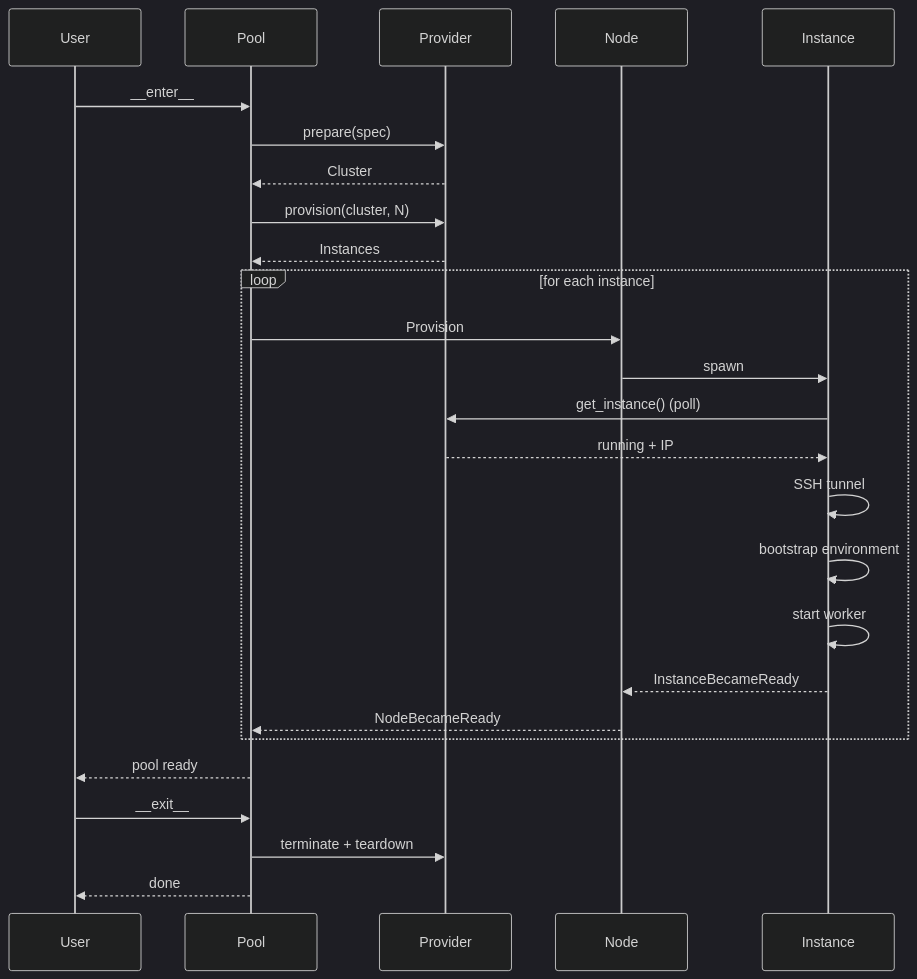
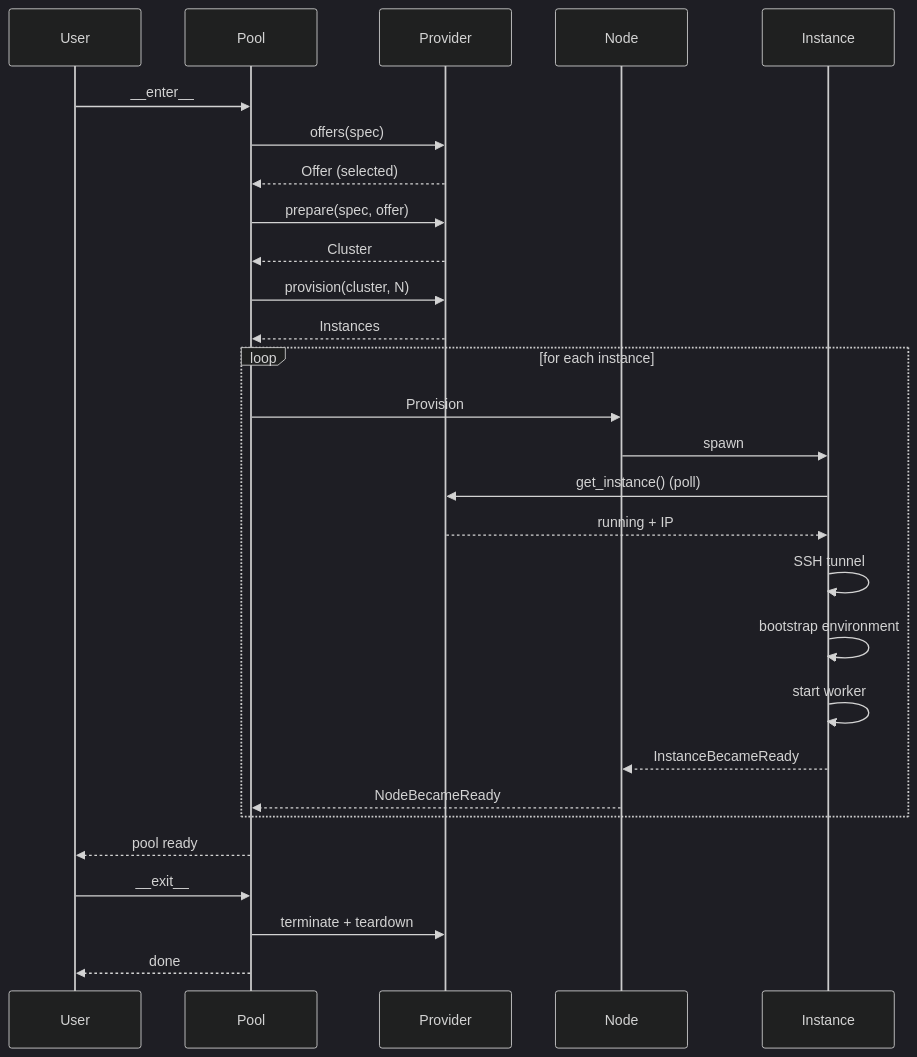
Before and after one commit to gabfssilva/skyward: the first of 2 diagrams in docs/concepts.md, drawn with Mermaid (dark theme). The commit also changed other lines of this file and 20 other files, not shown here.

````diff
--- a/docs/concepts.md
+++ b/docs/concepts.md
@@ -63,32 +63,34 @@
 ```mermaid
 sequenceDiagram
     participant User
     participant Pool
     participant Provider
     participant Node
     participant Instance
 
     User->>Pool: __enter__
-    Pool->>Provider: prepare(spec)
+    Pool->>Provider: offers(spec)
+    Provider-->>Pool: Offer (selected)
+    Pool->>Provider: prepare(spec, offer)
     Provider-->>Pool: Cluster
     Pool->>Provider: provision(cluster, N)
     Provider-->>Pool: Instances
 
     loop for each instance
         Pool->>Node: Provision
         Node->>Instance: spawn
         Instance->>Provider: get_instance() (poll)
         Provider-->>Instance: running + IP
         Instance->>Instance: SSH tunnel
         Instance->>Instance: bootstrap environment
         Instance->>Instance: start worker
         Instance-->>Node: InstanceBecameReady
         Node-->>Pool: NodeBecameReady
     end
 
     Pool-->>User: pool ready
 
     User->>Pool: __exit__
     Pool->>Provider: terminate + teardown
     Pool-->>User: done
 ```
````
